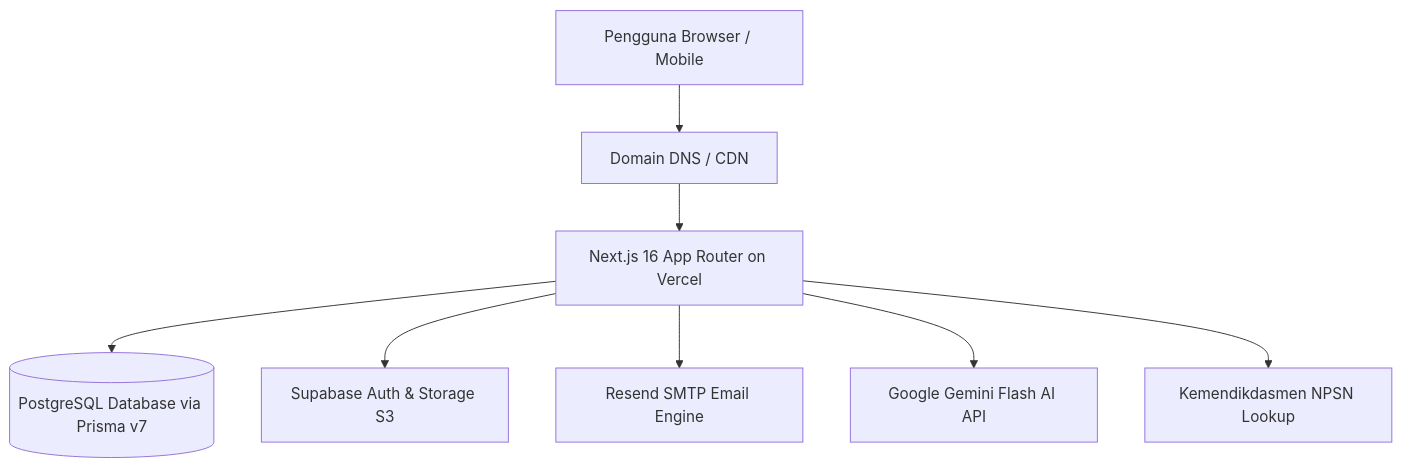
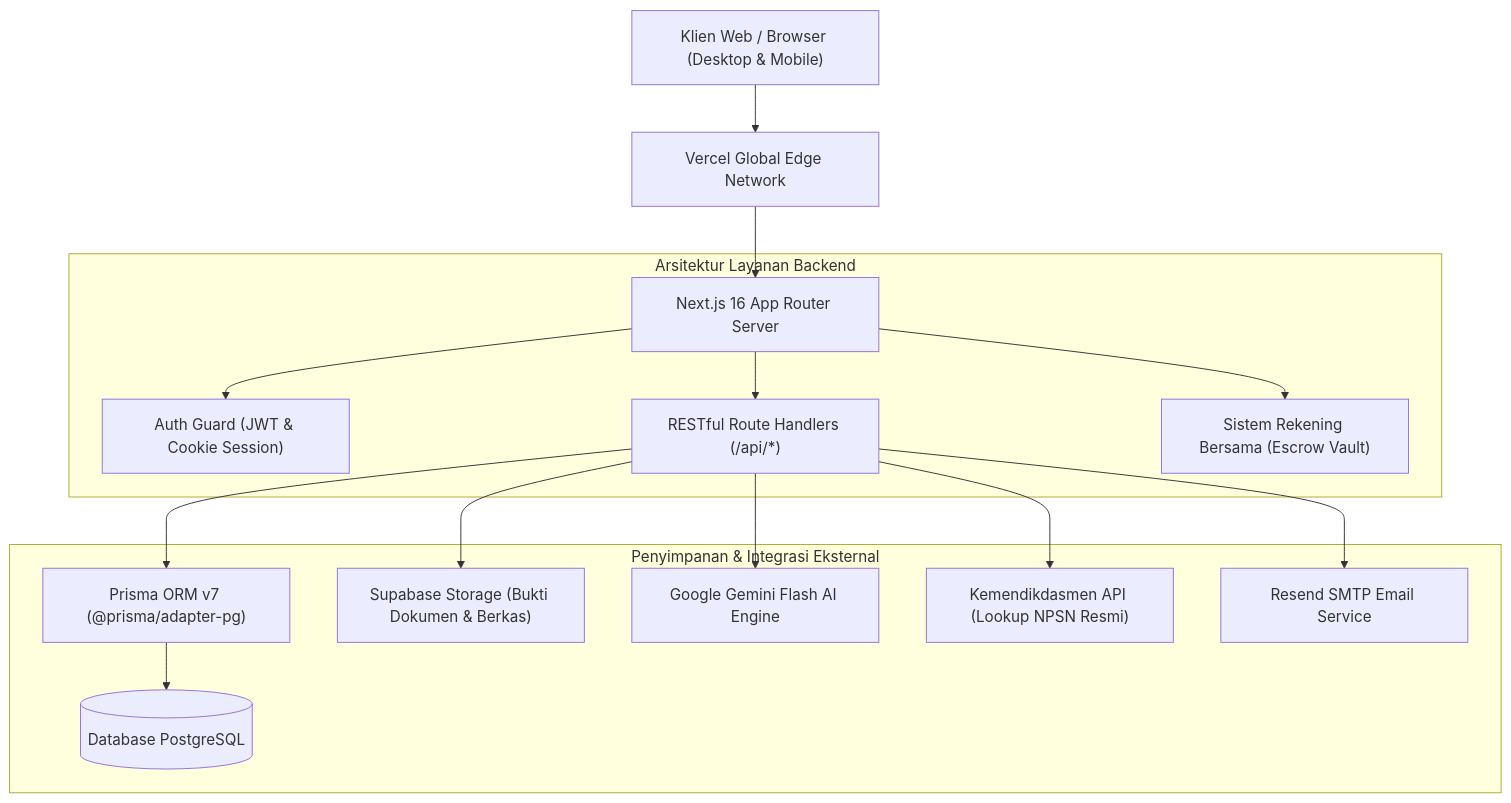
Before and after one commit to Razerpoa/itechcup-2026: the first of 2 diagrams in README.md, drawn with Mermaid. The commit also changed other lines of this file, not shown here.

````diff
--- a/README.md
+++ b/README.md
@@ -75,10 +164,20 @@
 ```mermaid
 graph TD
-    Client[Pengguna Browser / Mobile] --> CloudflareDNS[Domain DNS / CDN]
-    CloudflareDNS --> VercelServer[Next.js 16 App Router on Vercel]
-    VercelServer --> PostgreSQL[(PostgreSQL Database via Prisma v7)]
-    VercelServer --> SupabaseAuth[Supabase Auth & Storage S3]
-    VercelServer --> ResendSMTP[Resend SMTP Email Engine]
-    VercelServer --> GeminiAPI[Google Gemini Flash AI API]
-    VercelServer --> KemendikdasmenAPI[Kemendikdasmen NPSN Lookup]
+    Client["Klien Web / Browser (Desktop & Mobile)"] --> CDN["Vercel Global Edge Network"]
+    CDN --> NextApp["Next.js 16 App Router Server"]
+
+    subgraph "Arsitektur Layanan Backend"
+        NextApp --> AuthLayer["Auth Guard (JWT & Cookie Session)"]
+        NextApp --> RouteHandlers["RESTful Route Handlers (/api/*)"]
+        NextApp --> EscrowEngine["Sistem Rekening Bersama (Escrow Vault)"]
+    end
+
+    subgraph "Penyimpanan & Integrasi Eksternal"
+        RouteHandlers --> Prisma["Prisma ORM v7 (@prisma/adapter-pg)"]
+        Prisma --> Postgres[("Database PostgreSQL")]
+        RouteHandlers --> SupabaseStorage["Supabase Storage (Bukti Dokumen & Berkas)"]
+        RouteHandlers --> GeminiAI["Google Gemini Flash AI Engine"]
+        RouteHandlers --> Kemendikdasmen["Kemendikdasmen API (Lookup NPSN Resmi)"]
+        RouteHandlers --> ResendEmail["Resend SMTP Email Service"]
+    end
 ```
````
